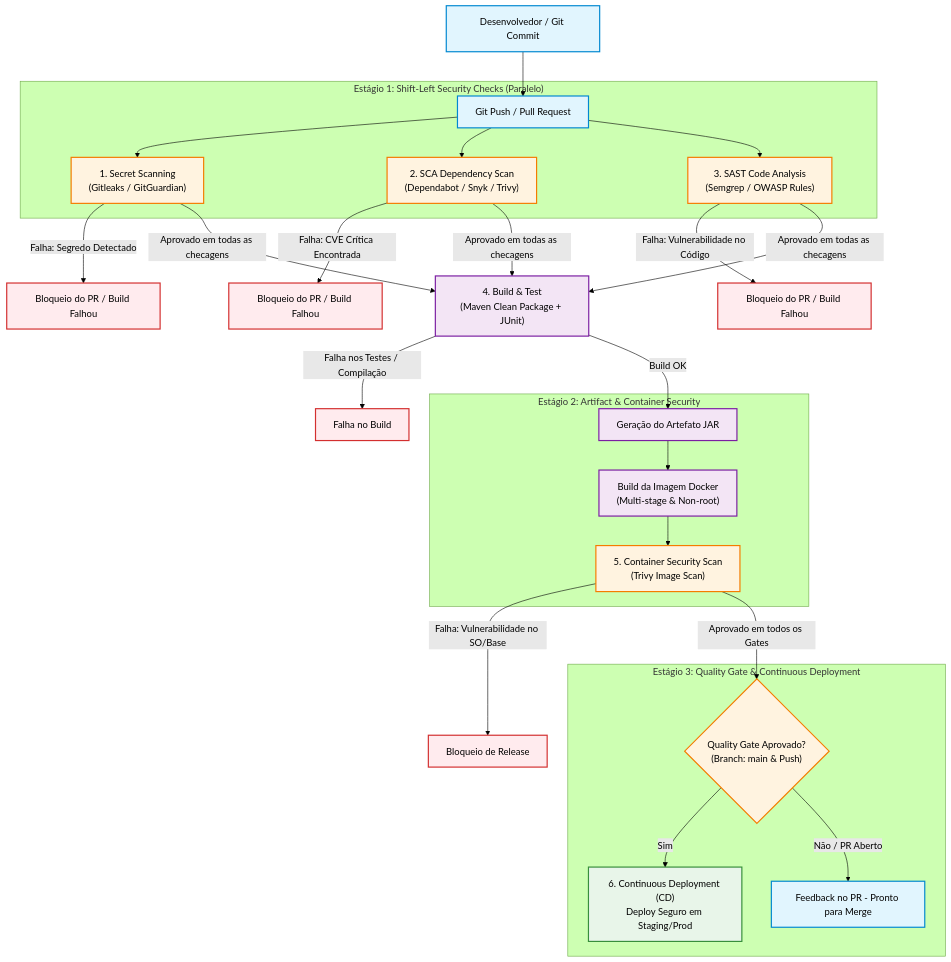
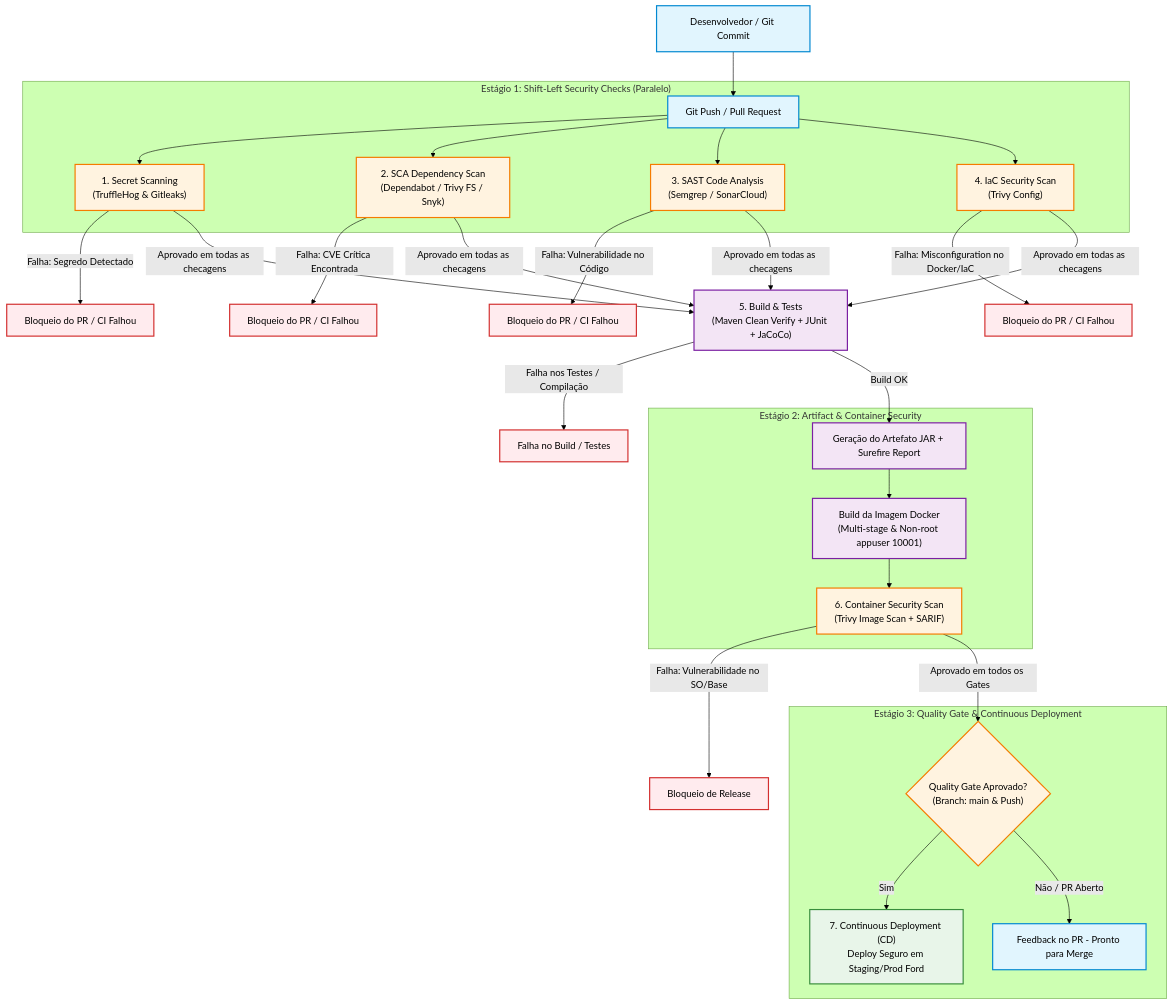
The diagram in DEVSECOPS.md (Vinicius-Prestes/specvora-service), drawn with Mermaid (forest theme) before and after one commit. The commit also changed other lines of this file and 36 other files, not shown here.

````diff
--- a/DEVSECOPS.md
+++ b/DEVSECOPS.md
@@ -29,39 +29,41 @@
 ```mermaid
 flowchart TD
     %% Estilo
     classDef dev fill:#e1f5fe,stroke:#0288d1,stroke-width:2px;
     classDef gate fill:#fff3e0,stroke:#f57c00,stroke-width:2px;
     classDef test fill:#f3e5f5,stroke:#7b1fa2,stroke-width:2px;
     classDef deploy fill:#e8f5e9,stroke:#388e3c,stroke-width:2px;
     classDef fail fill:#ffebee,stroke:#d32f2f,stroke-width:2px;
 
     Dev[Desenvolvedor / Git Commit]:::dev --> Push[Git Push / Pull Request]:::dev
 
     subgraph Phase1 ["Estágio 1: Shift-Left Security Checks (Paralelo)"]
-        Push --> SecretScan["1. Secret Scanning<br/>(Gitleaks / GitGuardian)"]:::gate
-        Push --> SCA["2. SCA Dependency Scan<br/>(Dependabot / Snyk / Trivy)"]:::gate
-        Push --> SAST["3. SAST Code Analysis<br/>(Semgrep / OWASP Rules)"]:::gate
+        Push --> SecretScan["1. Secret Scanning<br/>(TruffleHog & Gitleaks)"]:::gate
+        Push --> SCA["2. SCA Dependency Scan<br/>(Dependabot / Trivy FS / Snyk)"]:::gate
+        Push --> SAST["3. SAST Code Analysis<br/>(Semgrep / SonarCloud)"]:::gate
+        Push --> IaC["4. IaC Security Scan<br/>(Trivy Config)"]:::gate
     end
 
-    SecretScan -->|Falha: Segredo Detectado| Block1[Bloqueio do PR / Build Falhou]:::fail
-    SCA -->|Falha: CVE Crítica Encontrada| Block2[Bloqueio do PR / Build Falhou]:::fail
-    SAST -->|Falha: Vulnerabilidade no Código| Block3[Bloqueio do PR / Build Falhou]:::fail
+    SecretScan -->|Falha: Segredo Detectado| Block1[Bloqueio do PR / CI Falhou]:::fail
+    SCA -->|Falha: CVE Crítica Encontrada| Block2[Bloqueio do PR / CI Falhou]:::fail
+    SAST -->|Falha: Vulnerabilidade no Código| Block3[Bloqueio do PR / CI Falhou]:::fail
+    IaC -->|Falha: Misconfiguration no Docker/IaC| Block4[Bloqueio do PR / CI Falhou]:::fail
 
-    SecretScan & SCA & SAST -->|Aprovado em todas as checagens| Build["4. Build & Test<br/>(Maven Clean Package + JUnit)"]:::test
+    SecretScan & SCA & SAST & IaC -->|Aprovado em todas as checagens| Build["5. Build & Tests<br/>(Maven Clean Verify + JUnit + JaCoCo)"]:::test
 
-    Build -->|Falha nos Testes / Compilação| Block4[Falha no Build]:::fail
-    Build -->|Build OK| Artifact["Geração do Artefato JAR"]:::test
+    Build -->|Falha nos Testes / Compilação| Block5[Falha no Build / Testes]:::fail
+    Build -->|Build OK| Artifact["Geração do Artefato JAR + Surefire Report"]:::test
 
     subgraph Phase2 ["Estágio 2: Artifact & Container Security"]
-        Artifact --> DockerBuild["Build da Imagem Docker<br/>(Multi-stage & Non-root)"]:::test
-        DockerBuild --> ContainerScan["5. Container Security Scan<br/>(Trivy Image Scan)"]:::gate
+        Artifact --> DockerBuild["Build da Imagem Docker<br/>(Multi-stage & Non-root appuser 10001)"]:::test
+        DockerBuild --> ContainerScan["6. Container Security Scan<br/>(Trivy Image Scan + SARIF)"]:::gate
     end
 
-    ContainerScan -->|Falha: Vulnerabilidade no SO/Base| Block5[Bloqueio de Release]:::fail
+    ContainerScan -->|Falha: Vulnerabilidade no SO/Base| Block6[Bloqueio de Release]:::fail
 
     subgraph Phase3 ["Estágio 3: Quality Gate & Continuous Deployment"]
         ContainerScan -->|Aprovado em todos os Gates| GateFinal{"Quality Gate Aprovado?<br/>(Branch: main & Push)"}:::gate
-        GateFinal -->|Sim| Deploy["6. Continuous Deployment (CD)<br/>Deploy Seguro em Staging/Prod"]:::deploy
+        GateFinal -->|Sim| Deploy["7. Continuous Deployment (CD)<br/>Deploy Seguro em Staging/Prod Ford"]:::deploy
         GateFinal -->|Não / PR Aberto| PRReady[Feedback no PR - Pronto para Merge]:::dev
     end
 ```
````
